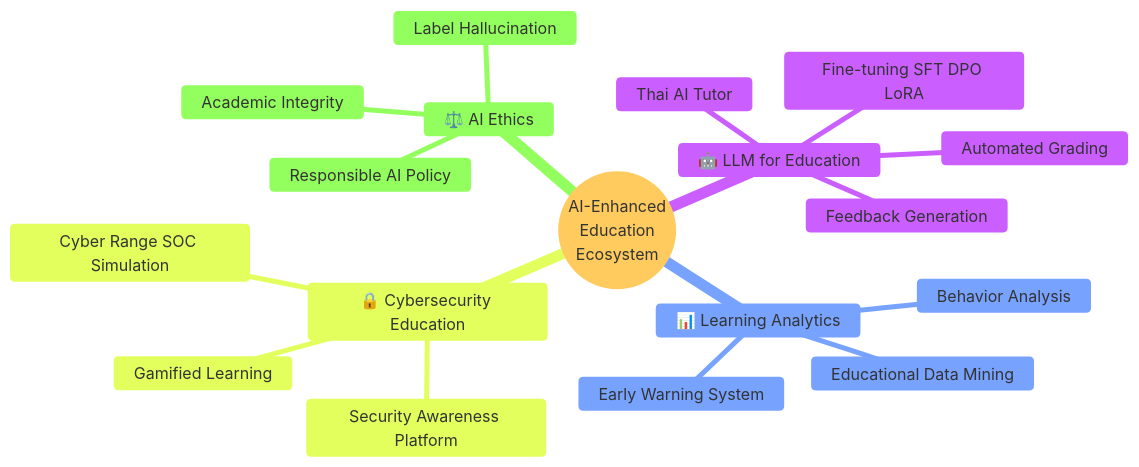
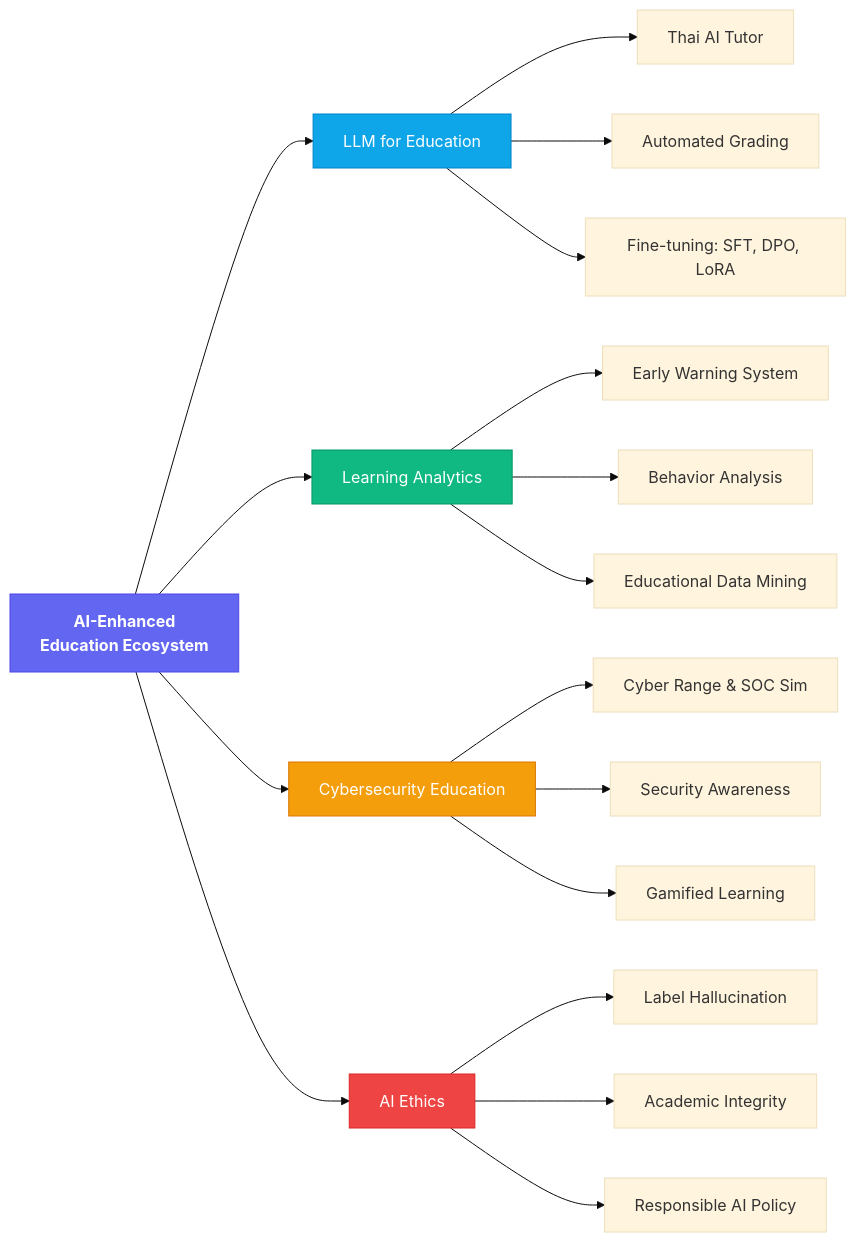
The diagram in README.md (nutthakorn7/kmutnb-fte-portfolio), drawn with Mermaid (base theme) before and after one commit.

Commit message:
Fix: Replace mermaid mindmap with clean flowchart — no emoji overlap

````diff
--- a/README.md
+++ b/README.md
@@ -71,21 +71,30 @@
 ```mermaid
-mindmap
-  root((AI-Enhanced<br/>Education<br/>Ecosystem))
-    🤖 LLM for Education
-      Thai AI Tutor
-      Automated Grading
-      Feedback Generation
-      Fine-tuning SFT DPO LoRA
-    📊 Learning Analytics
-      Early Warning System
-      Behavior Analysis
-      Educational Data Mining
-    🔒 Cybersecurity Education
-      Cyber Range SOC Simulation
-      Security Awareness Platform
-      Gamified Learning
-    ⚖️ AI Ethics
-      Label Hallucination
-      Academic Integrity
-      Responsible AI Policy
+graph LR
+    CENTER["AI-Enhanced<br/>Education Ecosystem"]
+
+    CENTER --> A["LLM for Education"]
+    A --> A1["Thai AI Tutor"]
+    A --> A2["Automated Grading"]
+    A --> A3["Fine-tuning: SFT, DPO, LoRA"]
+
+    CENTER --> B["Learning Analytics"]
+    B --> B1["Early Warning System"]
+    B --> B2["Behavior Analysis"]
+    B --> B3["Educational Data Mining"]
+
+    CENTER --> C["Cybersecurity Education"]
+    C --> C1["Cyber Range & SOC Sim"]
+    C --> C2["Security Awareness"]
+    C --> C3["Gamified Learning"]
+
+    CENTER --> D["AI Ethics"]
+    D --> D1["Label Hallucination"]
+    D --> D2["Academic Integrity"]
+    D --> D3["Responsible AI Policy"]
+
+    style CENTER fill:#6366f1,stroke:#4f46e5,color:#fff,font-weight:bold
+    style A fill:#0ea5e9,stroke:#0284c7,color:#fff
+    style B fill:#10b981,stroke:#059669,color:#fff
+    style C fill:#f59e0b,stroke:#d97706,color:#fff
+    style D fill:#ef4444,stroke:#dc2626,color:#fff
 ```
````
